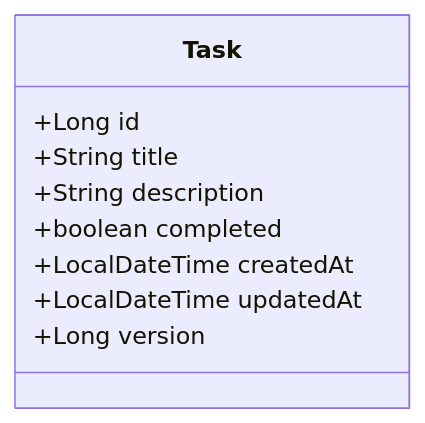
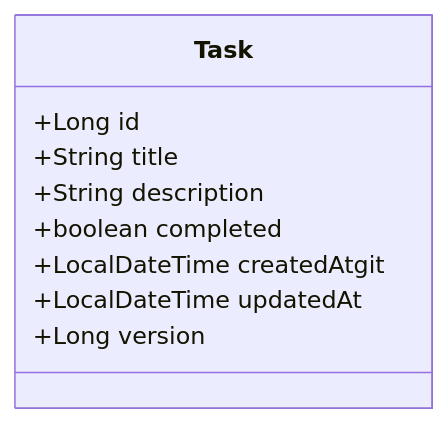
The diagram in README.md (koutw/delta-task-management), drawn with Mermaid before and after one commit. The commit also changed 1 other file, not shown here.

````diff
--- a/README.md
+++ b/README.md
@@ -5,12 +5,12 @@
 ```mermaid
 classDiagram
     class Task {
         +Long id
         +String title
         +String description
         +boolean completed
-        +LocalDateTime createdAt
+        +LocalDateTime createdAtgit
         +LocalDateTime updatedAt
         +Long version
     }
 ```
````
